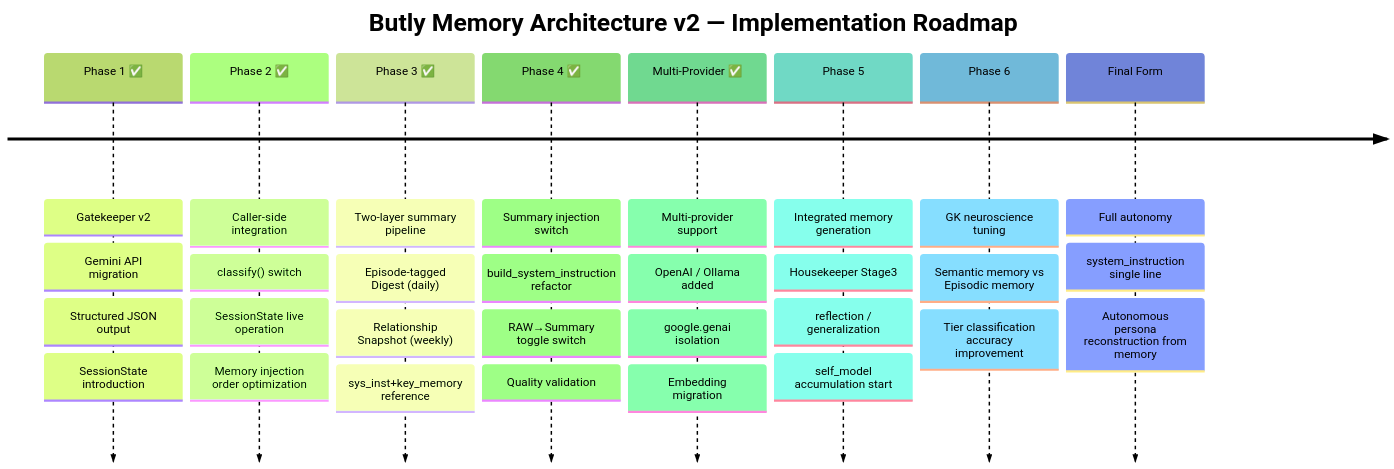
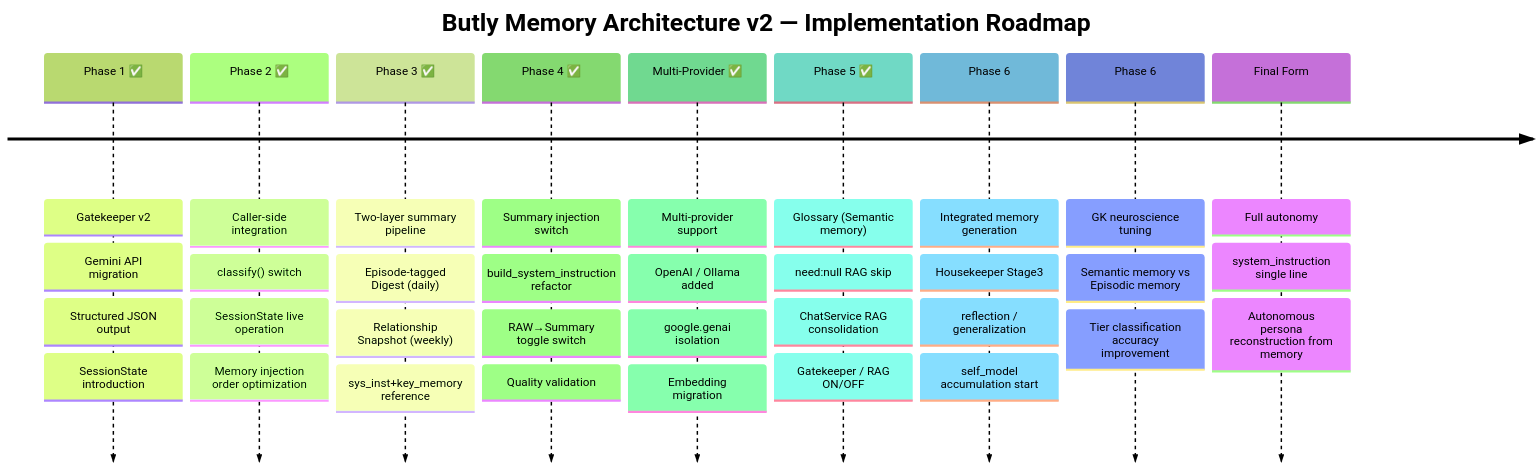
The seventh of 7 diagrams in docs/DIAGRAMS.md (unagisann/Butly), drawn with Mermaid (forest theme) before and after one commit. The commit also changed other lines of this file and 19 other files, not shown here.

````diff
--- a/docs/DIAGRAMS.md
+++ b/docs/DIAGRAMS.md
@@ -177,34 +181,38 @@
 ```mermaid
 timeline
     title Butly Memory Architecture v2 — Implementation Roadmap
     Phase 1 ✅ : Gatekeeper v2
                 : Gemini API migration
                 : Structured JSON output
                 : SessionState introduction
     Phase 2 ✅ : Caller-side integration
                 : classify() switch
                 : SessionState live operation
                 : Memory injection order optimization
     Phase 3 ✅ : Two-layer summary pipeline
                 : Episode-tagged Digest (daily)
                 : Relationship Snapshot (weekly)
                 : sys_inst+key_memory reference
     Phase 4 ✅ : Summary injection switch
              : build_system_instruction refactor
              : RAW→Summary toggle switch
              : Quality validation
     Multi-Provider ✅ : Multi-provider support
              : OpenAI / Ollama added
              : google.genai isolation
              : Embedding migration
-    Phase 5 : Integrated memory generation
+    Phase 5 ✅ : Glossary (Semantic memory)
+             : need:null RAG skip
+             : ChatService RAG consolidation
+             : Gatekeeper / RAG ON/OFF
+    Phase 6 : Integrated memory generation
              : Housekeeper Stage3
              : reflection / generalization
              : self_model accumulation start
     Phase 6 : GK neuroscience tuning
              : Semantic memory vs Episodic memory
              : Tier classification accuracy improvement
     Final Form : Full autonomy
                 : system_instruction single line
                 : Autonomous persona reconstruction from memory
 ```
````
